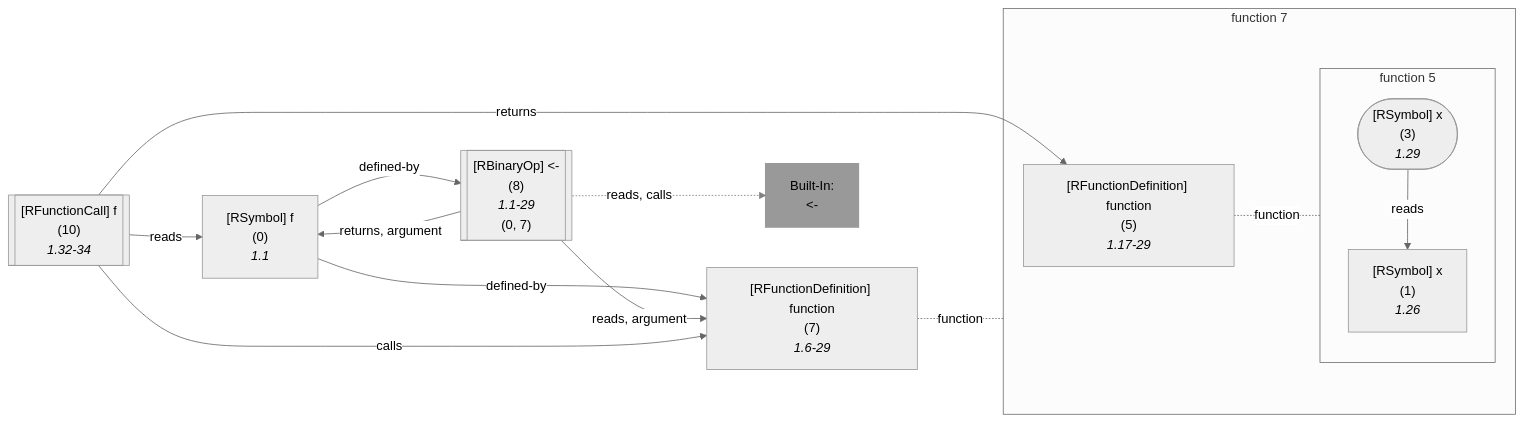
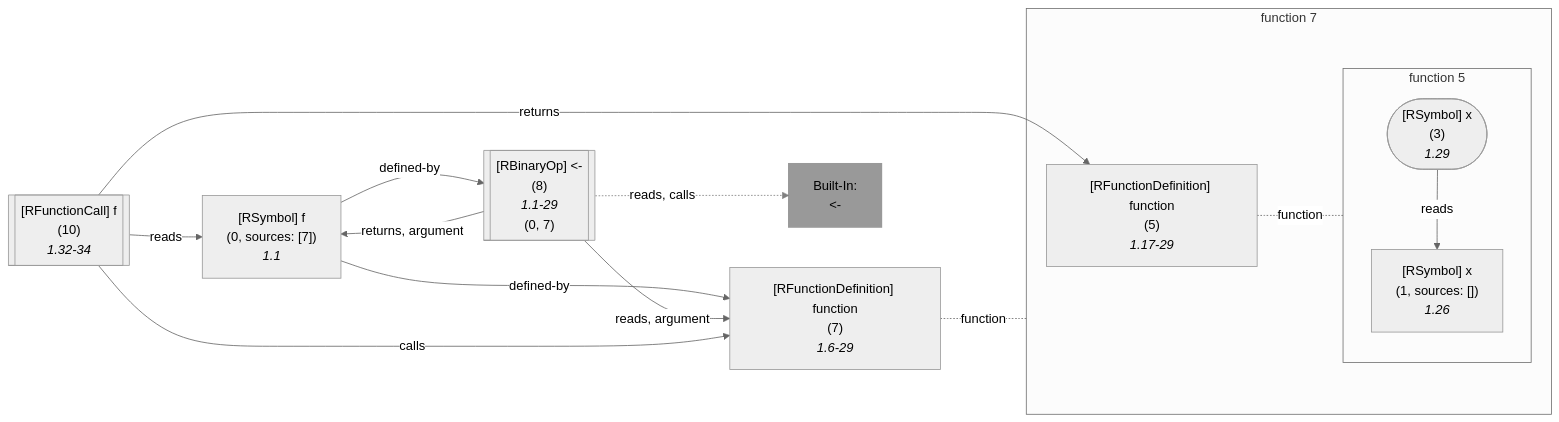
One commit to flowr-analysis/flowr changed diagram 14 of 21 in wiki/Query API.md. Above: the diagram before and after it, drawn with Mermaid (neutral theme). The commit also changed other lines of this file and 90 other files, not shown here.

````diff
--- a/wiki/Query API.md
+++ b/wiki/Query API.md
@@ -4801,59 +4824,59 @@
 ```mermaid
 flowchart LR
     7["`#91;RFunctionDefinition#93; function
       (7)
       *1.6-29*`"]
 
 subgraph "flow-7" [function 7]
     %% Environment of 5 [level: 1]:
     %% Built-in
-    %% 1043----------------------------------------
-    %% 1044----------------------------------------
+    %% 1570----------------------------------------
+    %% 1571----------------------------------------
     5["`#91;RFunctionDefinition#93; function
       (5)
       *1.17-29*`"]
 
 subgraph "flow-5" [function 5]
     1["`#91;RSymbol#93; x
-      (1)
+      (1, sources: [])
       *1.26*`"]
    %% No edges found for 1
     3(["`#91;RSymbol#93; x
       (3)
       *1.29*`"])
 end
    %% No edges found for 5
 end
    %% No edges found for 7
     0["`#91;RSymbol#93; f
-      (0)
+      (0, sources: [7])
       *1.1*`"]
     8[["`#91;RBinaryOp#93; #60;#45;
       (8)
       *1.1-29*
     (0, 7)`"]]
     built-in:_-["`Built-In:
 #60;#45;`"]
     style built-in:_- stroke:gray,fill:gray,stroke-width:2px,opacity:.8;
     %% Environment of 10 [level: 0]:
     %% Built-in
-    %% 1053----------------------------------------
+    %% 1580----------------------------------------
     %%   f: {**f** (id: 0, type: Function, def. @8)}
     10[["`#91;RFunctionCall#93; f
       (10)
       *1.32-34*`"]]
     3 -->|"reads"| 1
 5 -.-|function| flow-5
 
 7 -.-|function| flow-7
 
     0 -->|"defined-by"| 7
     0 -->|"defined-by"| 8
     8 -->|"reads, argument"| 7
     8 -->|"returns, argument"| 0
     8 -.->|"reads, calls"| built-in:_-
     linkStyle 7 stroke:gray;
     10 -->|"reads"| 0
     10 -->|"returns"| 5
     10 -->|"calls"| 7
 ```
````
